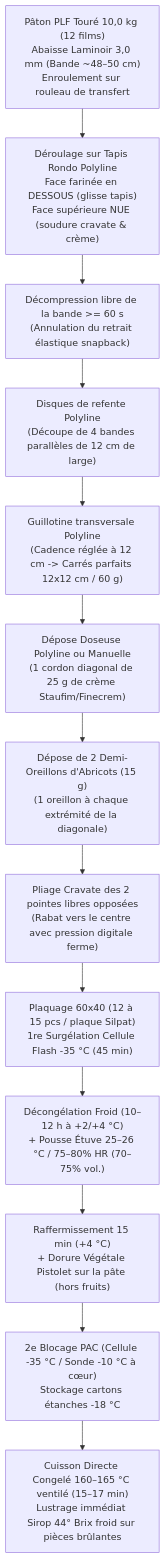
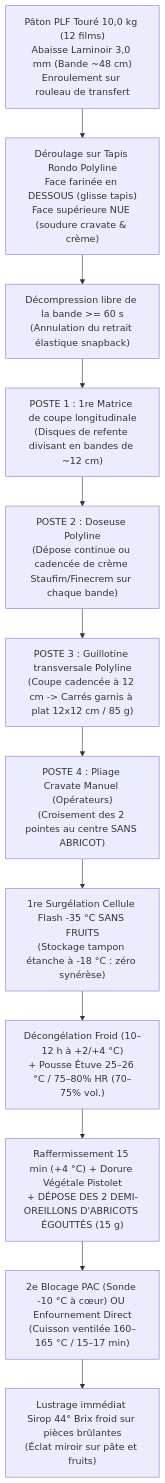
One commit to jri561/laboratoire-tourage-boulangerie changed the diagram in recettes/catalogue/oranais-abricots-pac.md. Above: the diagram before and after it, drawn with Mermaid. The commit also changed other lines of this file and 2 other files, not shown here.

Commit message:
feat(plf): intégration du procédé réel pain suisse et oranais dépose abricots post-pousse

````diff
--- a/recettes/catalogue/oranais-abricots-pac.md
+++ b/recettes/catalogue/oranais-abricots-pac.md
@@ -78,16 +78,15 @@
 ```mermaid
 flowchart TD
-    A["Pâton PLF Touré 10,0 kg (12 films)\nAbaisse Laminoir 3,0 mm (Bande ~48–50 cm)\nEnroulement sur rouleau de transfert"] 
+    A["Pâton PLF Touré 10,0 kg (12 films)\nAbaisse Laminoir 3,0 mm (Bande ~48 cm)\nEnroulement sur rouleau de transfert"] 
     --> B["Déroulage sur Tapis Rondo Polyline\nFace farinée en DESSOUS (glisse tapis)\nFace supérieure NUE (soudure cravate & crème)"]
     --> C["Décompression libre de la bande >= 60 s\n(Annulation du retrait élastique snapback)"]
-    --> D["Disques de refente Polyline\n(Découpe de 4 bandes parallèles de 12 cm de large)"]
-    --> E["Guillotine transversale Polyline\n(Cadence réglée à 12 cm -> Carrés parfaits 12x12 cm / 60 g)"]
-    --> F["Dépose Doseuse Polyline ou Manuelle\n(1 cordon diagonal de 25 g de crème Staufim/Finecrem)"]
-    --> G["Dépose de 2 Demi-Oreillons d'Abricots (15 g)\n(1 oreillon à chaque extrémité de la diagonale)"]
-    --> H["Pliage Cravate des 2 pointes libres opposées\n(Rabat vers le centre avec pression digitale ferme)"]
-    --> I["Plaquage 60x40 (12 à 15 pcs / plaque Silpat)\n1re Surgélation Cellule Flash -35 °C (45 min)"]
-    --> J["Décongélation Froid (10–12 h à +2/+4 °C)\n+ Pousse Étuve 25–26 °C / 75–80% HR (70–75% vol.)"]
-    --> K["Raffermissement 15 min (+4 °C)\n+ Dorure Végétale Pistolet sur la pâte (hors fruits)"]
-    --> L["2e Blocage PAC (Cellule -35 °C / Sonde -10 °C à cœur)\nStockage cartons étanches -18 °C"]
-    --> M["Cuisson Directe Congelé 160–165 °C ventilé (15–17 min)\nLustrage immédiat Sirop 44° Brix froid sur pièces brûlantes"]
+    --> D["POSTE 1 : 1re Matrice de coupe longitudinale\n(Disques de refente divisant en bandes de ~12 cm)"]
+    --> E["POSTE 2 : Doseuse Polyline\n(Dépose continue ou cadencée de crème Staufim/Finecrem sur chaque bande)"]
+    --> F["POSTE 3 : Guillotine transversale Polyline\n(Coupe cadencée à 12 cm -> Carrés garnis à plat 12x12 cm / 85 g)"]
+    --> G["POSTE 4 : Pliage Cravate Manuel (Opérateurs)\n(Croisement des 2 pointes au centre SANS ABRICOT)"]
+    --> H["1re Surgélation Cellule Flash -35 °C SANS FRUITS\n(Stockage tampon étanche à -18 °C : zéro synérèse)"]
+    --> I["Décongélation Froid (10–12 h à +2/+4 °C)\n+ Pousse Étuve 25–26 °C / 75–80% HR (70–75% vol.)"]
+    --> J["Raffermissement 15 min (+4 °C) + Dorure Végétale Pistolet\n+ DÉPOSE DES 2 DEMI-OREILLONS D'ABRICOTS ÉGOUTTÉS (15 g)"]
+    --> K["2e Blocage PAC (Sonde -10 °C à cœur) OU Enfournement Direct\n(Cuisson ventilée 160–165 °C / 15–17 min)"]
+    --> L["Lustrage immédiat Sirop 44° Brix froid sur pièces brûlantes\n(Éclat miroir sur pâte et fruits)"]
 ```
````
